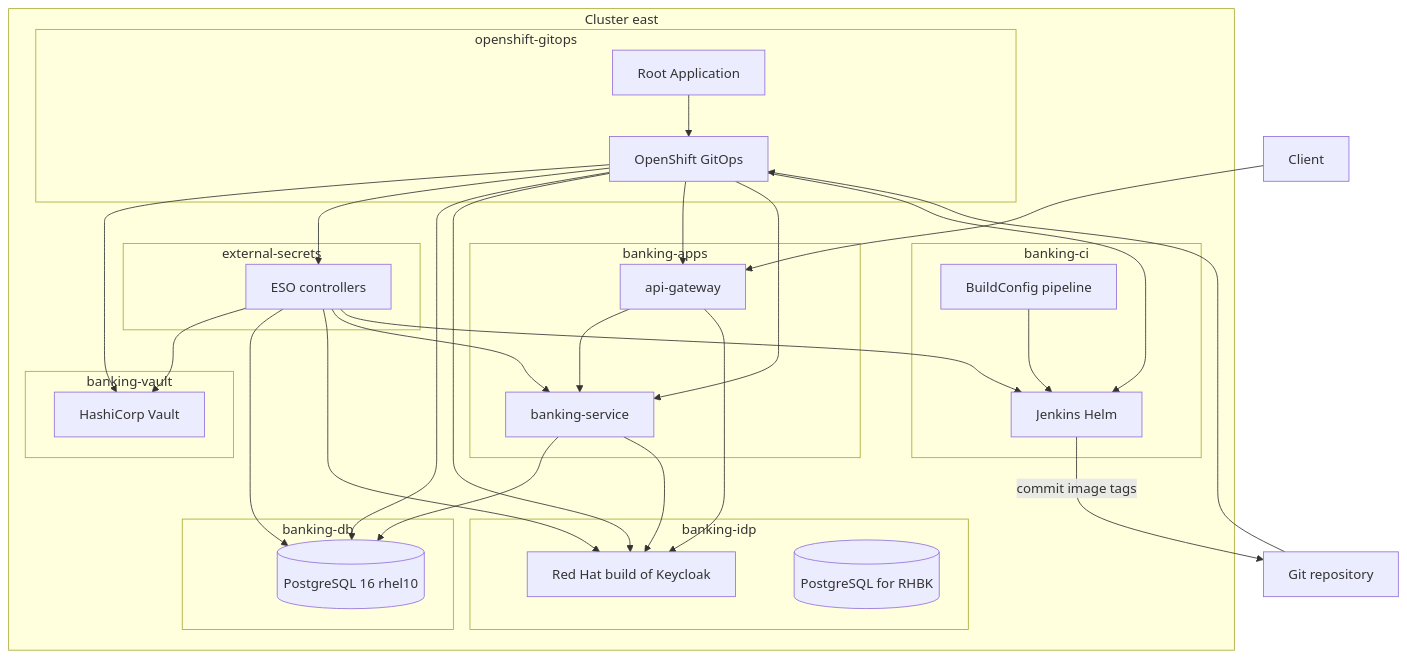
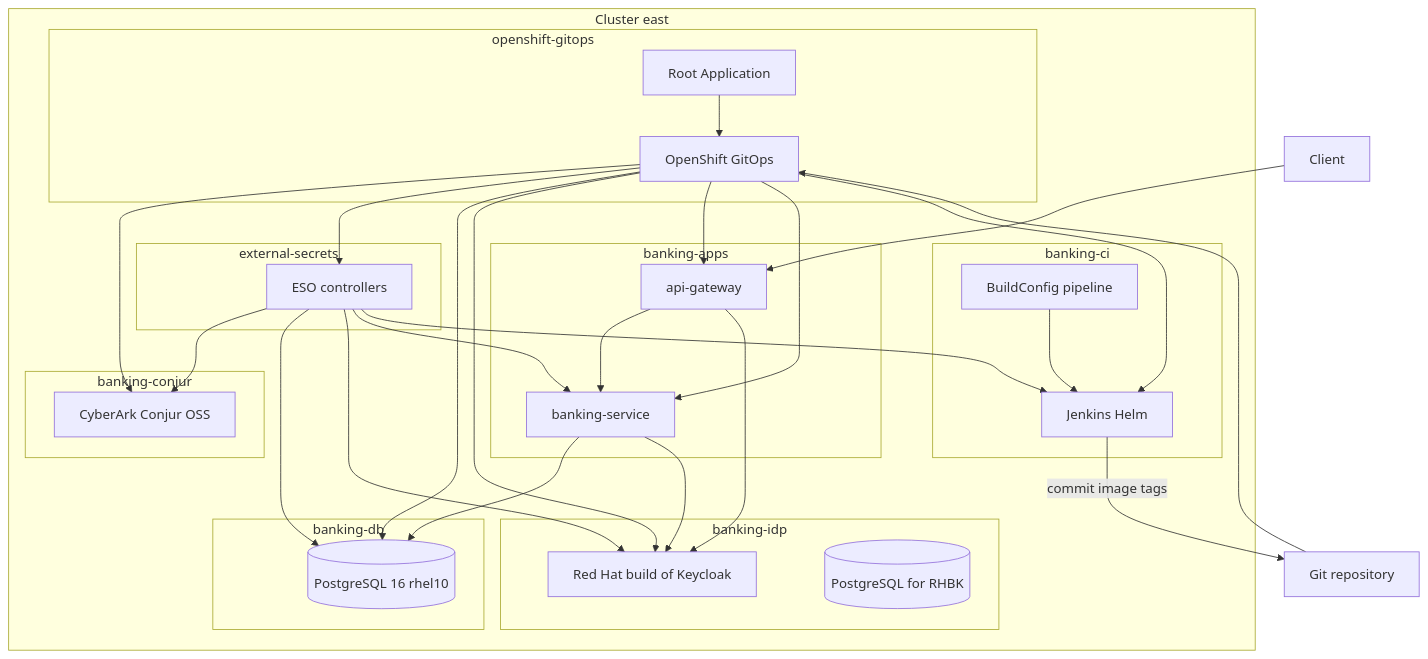
One commit to panchoraposo/demo-spring changed the diagram in docs/architecture.md. Above: the diagram before and after it, drawn with Mermaid. The commit also changed other lines of this file and 36 other files, not shown here.

First line of the commit message:
Replace HashiCorp Vault with CyberArk Conjur for secrets.

````diff
--- a/docs/architecture.md
+++ b/docs/architecture.md
@@ -7,52 +7,52 @@
 ```mermaid
 flowchart TB
   subgraph east [Cluster east]
     subgraph gitopsNS [openshift-gitops]
       RootApp[Root Application]
       Argo[OpenShift GitOps]
     end
-    subgraph vaultNS [banking-vault]
-      Vault[HashiCorp Vault]
+    subgraph conjurNS [banking-conjur]
+      Conjur[CyberArk Conjur OSS]
     end
     subgraph esoNS [external-secrets]
       ESO[ESO controllers]
     end
     subgraph ciNS [banking-ci]
       Jenkins[Jenkins Helm]
       BC[BuildConfig pipeline]
     end
     subgraph idpNS [banking-idp]
       RHBK[Red Hat build of Keycloak]
       KCDB[(PostgreSQL for RHBK)]
     end
     subgraph dbNS [banking-db]
       PG[(PostgreSQL 16 rhel10)]
     end
     subgraph appsNS [banking-apps]
       GW[api-gateway]
       BS[banking-service]
     end
   end
 
   Client --> GW
   GW --> BS
   BS --> PG
   GW --> RHBK
   BS --> RHBK
-  ESO --> Vault
+  ESO --> Conjur
   ESO --> PG
   ESO --> RHBK
   ESO --> BS
   ESO --> Jenkins
   BC --> Jenkins
   Jenkins -->|commit image tags| GitRepo[Git repository]
   GitRepo --> Argo
   RootApp --> Argo
-  Argo --> Vault
+  Argo --> Conjur
   Argo --> ESO
   Argo --> PG
   Argo --> RHBK
   Argo --> GW
   Argo --> BS
   Argo --> Jenkins
 ```
````
